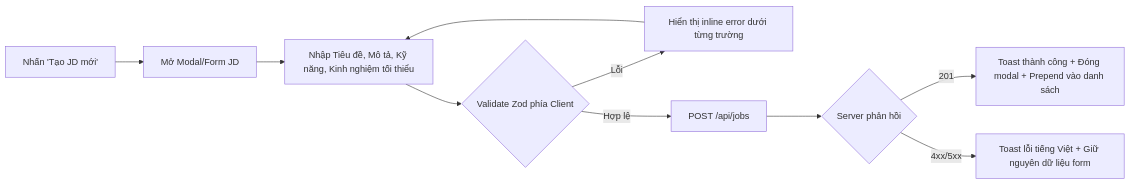
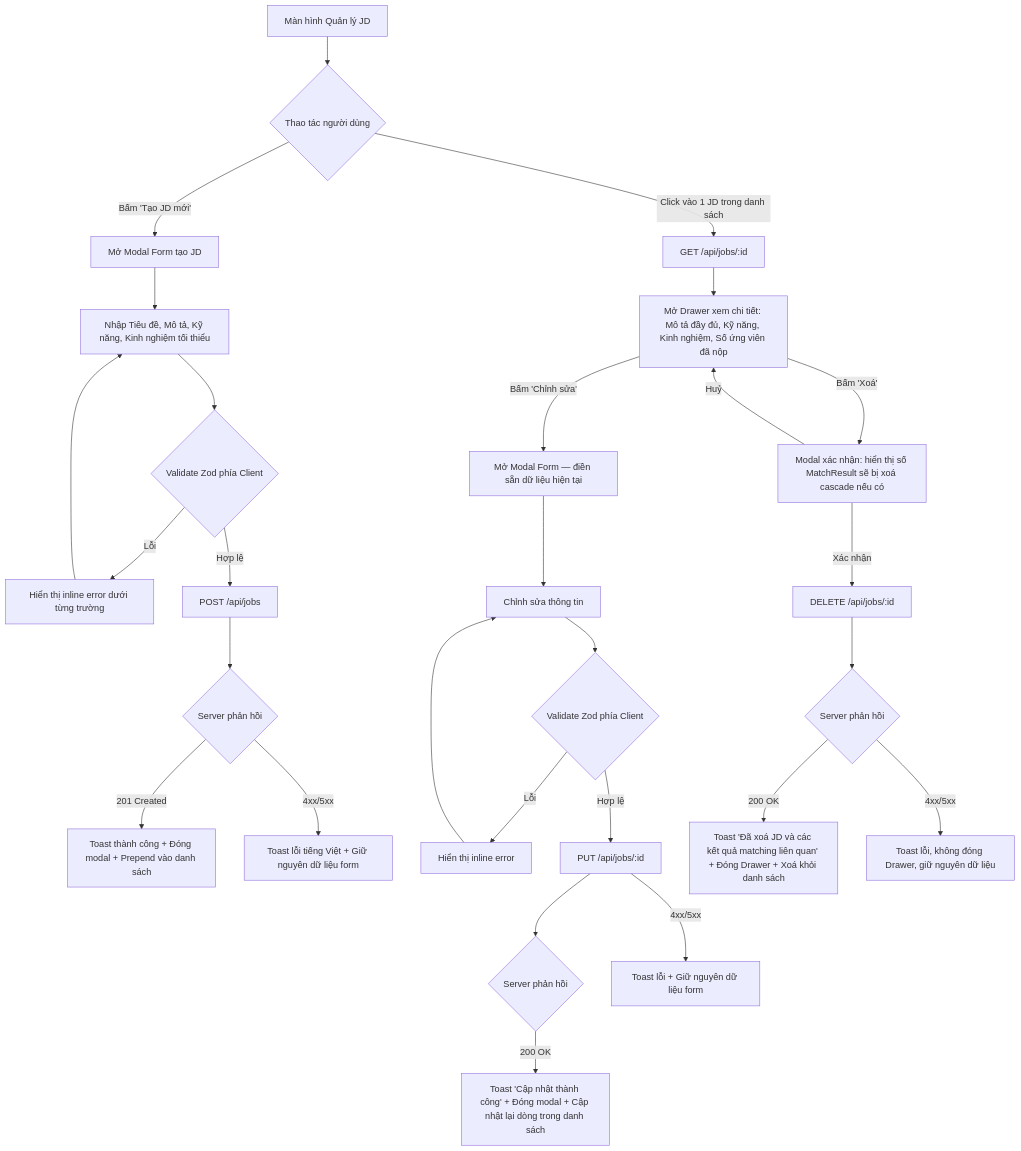
One commit to nadz1112/MikiriCV changed the second of 10 diagrams in docs/Chuong4_CVMikiri_UX.md. Above: the diagram before and after it, drawn with Mermaid. The commit also changed other lines of this file and 1 other file, not shown here.

Commit message:
docs: resolve Sourcery review comments (upload retry, matching async lifecycle, schema fallback, and doc sync)

````diff
--- a/docs/Chuong4_CVMikiri_UX.md
+++ b/docs/Chuong4_CVMikiri_UX.md
@@ -47,12 +56,38 @@
 ```mermaid
-flowchart LR
-    A[Nhấn 'Tạo JD mới'] --> B[Mở Modal/Form JD]
-    B --> C[Nhập Tiêu đề, Mô tả, Kỹ năng, Kinh nghiệm tối thiểu]
-    C --> D{Validate Zod phía Client}
-    D -- Lỗi --> E[Hiển thị inline error dưới từng trường]
-    E --> C
-    D -- Hợp lệ --> F[POST /api/jobs]
-    F --> G{Server phản hồi}
-    G -- 201 --> H[Toast thành công + Đóng modal + Prepend vào danh sách]
-    G -- 4xx/5xx --> I[Toast lỗi tiếng Việt + Giữ nguyên dữ liệu form]
+flowchart TD
+    A[Màn hình Quản lý JD] --> B{Thao tác người dùng}
+
+    %% Nhánh 1: Tạo mới (FR1.1)
+    B -- Bấm 'Tạo JD mới' --> C[Mở Modal Form tạo JD]
+    C --> D[Nhập Tiêu đề, Mô tả, Kỹ năng, Kinh nghiệm tối thiểu]
+    D --> E{Validate Zod phía Client}
+    E -- Lỗi --> F[Hiển thị inline error dưới từng trường]
+    F --> D
+    E -- Hợp lệ --> G[POST /api/jobs]
+    G --> H{Server phản hồi}
+    H -- 201 Created --> I[Toast thành công + Đóng modal + Prepend vào danh sách]
+    H -- 4xx/5xx --> J[Toast lỗi tiếng Việt + Giữ nguyên dữ liệu form]
+
+    %% Nhánh 2: Xem chi tiết (FR1.2)
+    B -- Click vào 1 JD trong danh sách --> K[GET /api/jobs/:id]
+    K --> L[Mở Drawer xem chi tiết: Mô tả đầy đủ, Kỹ năng, Kinh nghiệm, Số ứng viên đã nộp]
+
+    %% Nhánh 3: Chỉnh sửa (FR1.4)
+    L -- Bấm 'Chỉnh sửa' --> M[Mở Modal Form — điền sẵn dữ liệu hiện tại]
+    M --> N[Chỉnh sửa thông tin]
+    N --> P{Validate Zod phía Client}
+    P -- Lỗi --> Q[Hiển thị inline error]
+    Q --> N
+    P -- Hợp lệ --> R[PUT /api/jobs/:id]
+    R --> S{Server phản hồi}
+    S -- 200 OK --> T[Toast 'Cập nhật thành công' + Đóng modal + Cập nhật lại dòng trong danh sách]
+    R -- 4xx/5xx --> T_Err[Toast lỗi + Giữ nguyên dữ liệu form]
+
+    %% Nhánh 4: Xoá JD (FR1.3)
+    L -- Bấm 'Xoá' --> U[Modal xác nhận: hiển thị số MatchResult sẽ bị xoá cascade nếu có]
+    U -- Huỷ --> L
+    U -- Xác nhận --> V[DELETE /api/jobs/:id]
+    V --> W{Server phản hồi}
+    W -- 200 OK --> X[Toast 'Đã xoá JD và các kết quả matching liên quan' + Đóng Drawer + Xoá khỏi danh sách]
+    W -- 4xx/5xx --> Y[Toast lỗi, không đóng Drawer, giữ nguyên dữ liệu]
 ```
````
